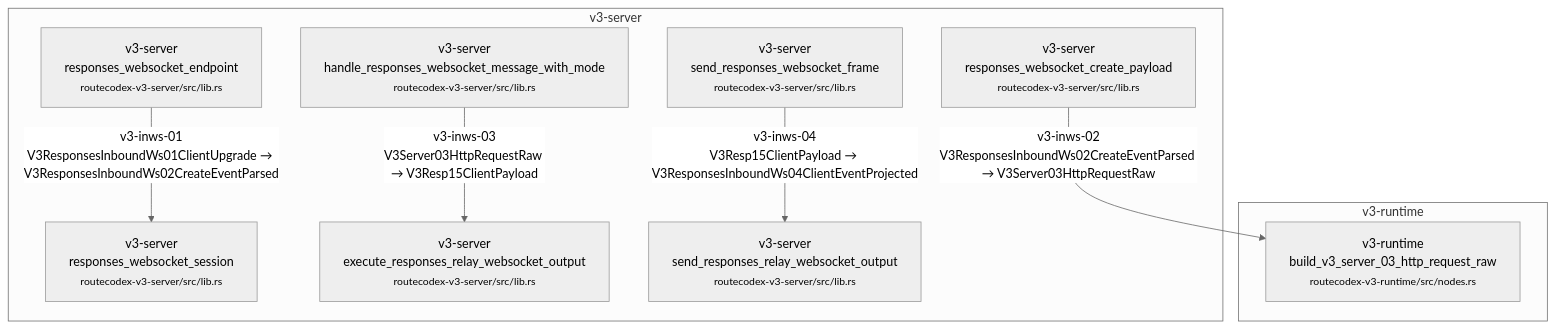
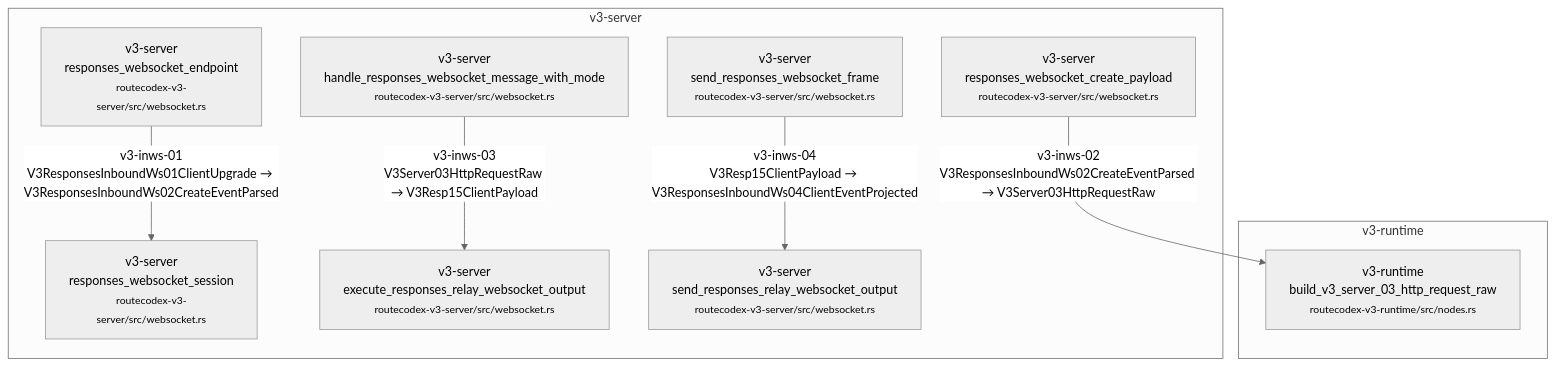
Before and after one commit to Jasonzhangf/routecodex: diagram 45 of 58 in docs/architecture/wiki/v3-mainline-caller-flow.md, drawn with Mermaid (neutral theme). The commit also changed other lines of this file and 15 other files, not shown here.

````diff
--- a/docs/architecture/wiki/v3-mainline-caller-flow.md
+++ b/docs/architecture/wiki/v3-mainline-caller-flow.md
@@ -1800,19 +1800,19 @@
 ```mermaid
 flowchart TD
   subgraph c_43_v3_responses_inbound_websocket_proxy_m_v3_runtime["v3-runtime"]
     c_43_v3_responses_inbound_websocket_proxy_3["v3-runtime<br/>build_v3_server_03_http_request_raw<br/><small>routecodex-v3-runtime/src/nodes.rs</small>"]
   end
   subgraph c_43_v3_responses_inbound_websocket_proxy_m_v3_server["v3-server"]
-    c_43_v3_responses_inbound_websocket_proxy_0["v3-server<br/>responses_websocket_endpoint<br/><small>routecodex-v3-server/src/lib.rs</small>"]
-    c_43_v3_responses_inbound_websocket_proxy_1["v3-server<br/>responses_websocket_session<br/><small>routecodex-v3-server/src/lib.rs</small>"]
-    c_43_v3_responses_inbound_websocket_proxy_2["v3-server<br/>responses_websocket_create_payload<br/><small>routecodex-v3-server/src/lib.rs</small>"]
-    c_43_v3_responses_inbound_websocket_proxy_4["v3-server<br/>handle_responses_websocket_message_with_mode<br/><small>routecodex-v3-server/src/lib.rs</small>"]
-    c_43_v3_responses_inbound_websocket_proxy_5["v3-server<br/>execute_responses_relay_websocket_output<br/><small>routecodex-v3-server/src/lib.rs</small>"]
-    c_43_v3_responses_inbound_websocket_proxy_6["v3-server<br/>send_responses_websocket_frame<br/><small>routecodex-v3-server/src/lib.rs</small>"]
-    c_43_v3_responses_inbound_websocket_proxy_7["v3-server<br/>send_responses_relay_websocket_output<br/><small>routecodex-v3-server/src/lib.rs</small>"]
+    c_43_v3_responses_inbound_websocket_proxy_0["v3-server<br/>responses_websocket_endpoint<br/><small>routecodex-v3-server/src/websocket.rs</small>"]
+    c_43_v3_responses_inbound_websocket_proxy_1["v3-server<br/>responses_websocket_session<br/><small>routecodex-v3-server/src/websocket.rs</small>"]
+    c_43_v3_responses_inbound_websocket_proxy_2["v3-server<br/>responses_websocket_create_payload<br/><small>routecodex-v3-server/src/websocket.rs</small>"]
+    c_43_v3_responses_inbound_websocket_proxy_4["v3-server<br/>handle_responses_websocket_message_with_mode<br/><small>routecodex-v3-server/src/websocket.rs</small>"]
+    c_43_v3_responses_inbound_websocket_proxy_5["v3-server<br/>execute_responses_relay_websocket_output<br/><small>routecodex-v3-server/src/websocket.rs</small>"]
+    c_43_v3_responses_inbound_websocket_proxy_6["v3-server<br/>send_responses_websocket_frame<br/><small>routecodex-v3-server/src/websocket.rs</small>"]
+    c_43_v3_responses_inbound_websocket_proxy_7["v3-server<br/>send_responses_relay_websocket_output<br/><small>routecodex-v3-server/src/websocket.rs</small>"]
   end
   c_43_v3_responses_inbound_websocket_proxy_0 -->|v3-inws-01<br/>V3ResponsesInboundWs01ClientUpgrade → V3ResponsesInboundWs02CreateEventParsed| c_43_v3_responses_inbound_websocket_proxy_1
   c_43_v3_responses_inbound_websocket_proxy_2 -->|v3-inws-02<br/>V3ResponsesInboundWs02CreateEventParsed → V3Server03HttpRequestRaw| c_43_v3_responses_inbound_websocket_proxy_3
   c_43_v3_responses_inbound_websocket_proxy_4 -->|v3-inws-03<br/>V3Server03HttpRequestRaw → V3Resp15ClientPayload| c_43_v3_responses_inbound_websocket_proxy_5
   c_43_v3_responses_inbound_websocket_proxy_6 -->|v3-inws-04<br/>V3Resp15ClientPayload → V3ResponsesInboundWs04ClientEventProjected| c_43_v3_responses_inbound_websocket_proxy_7
 ```
````
